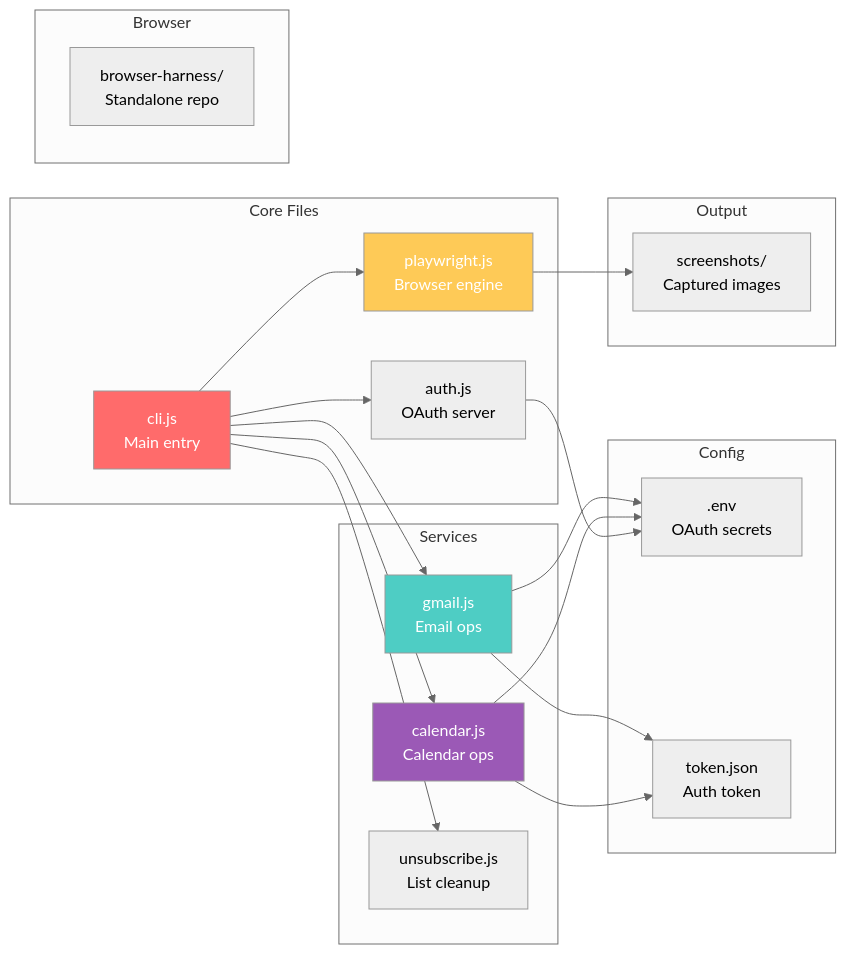
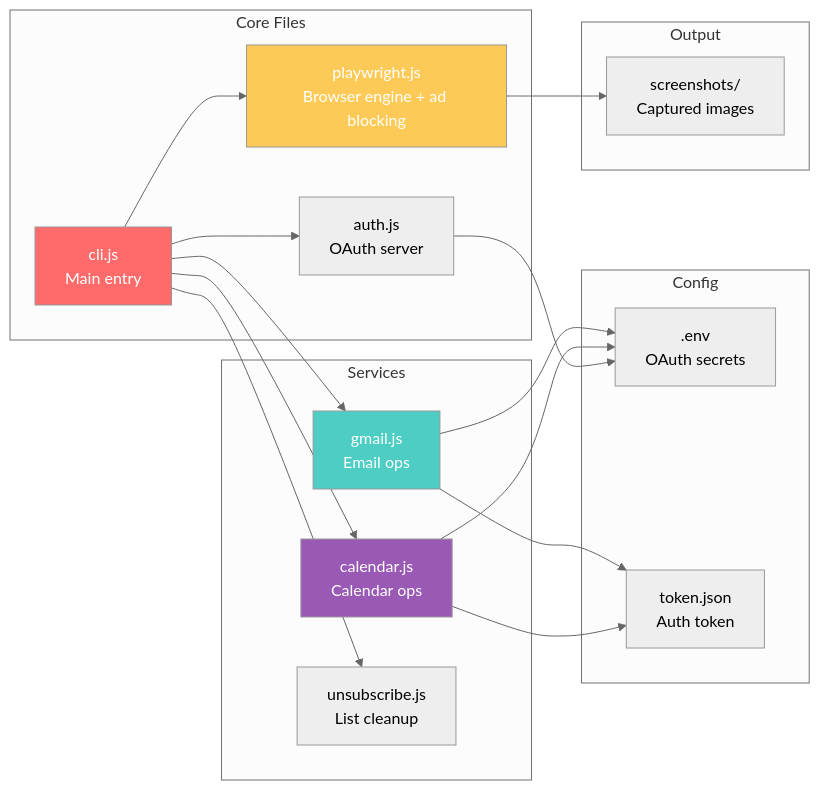
Before and after one commit to marceli1404/system-automation: the third of 4 diagrams in README.md, drawn with Mermaid (neutral theme). The commit also changed other lines of this file and 1 other file, not shown here.

First line of the commit message:
feat: built-in ad/tracker blocking and cookie banner dismissal via --ext flag

````diff
--- a/README.md
+++ b/README.md
@@ -160,44 +255,40 @@
 ```mermaid
 graph LR
     subgraph Config["Config"]
         ENV[.env<br/>OAuth secrets]
         TOKEN[token.json<br/>Auth token]
     end
 
     subgraph Core["Core Files"]
         CLI[cli.js<br/>Main entry]
-        PW[playwright.js<br/>Browser engine]
+        PW[playwright.js<br/>Browser engine + ad blocking]
         AUTH[auth.js<br/>OAuth server]
     end
 
     subgraph Services["Services"]
         GMAIL[gmail.js<br/>Email ops]
         CAL[calendar.js<br/>Calendar ops]
         UNSUB[unsubscribe.js<br/>List cleanup]
-    end
-
-    subgraph Browser["Browser"]
-        BH[browser-harness/<br/>Standalone repo]
     end
 
     subgraph Output["Output"]
         SS[screenshots/<br/>Captured images]
     end
 
     CLI --> PW
     CLI --> GMAIL
     CLI --> CAL
     CLI --> UNSUB
     CLI --> AUTH
     PW --> SS
     GMAIL --> ENV
     GMAIL --> TOKEN
     CAL --> ENV
     CAL --> TOKEN
     AUTH --> ENV
 
     style CLI fill:#ff6b6b,color:white
     style PW fill:#feca57,color:white
     style GMAIL fill:#4ecdc4,color:white
     style CAL fill:#9b59b6,color:white
 ```
````
